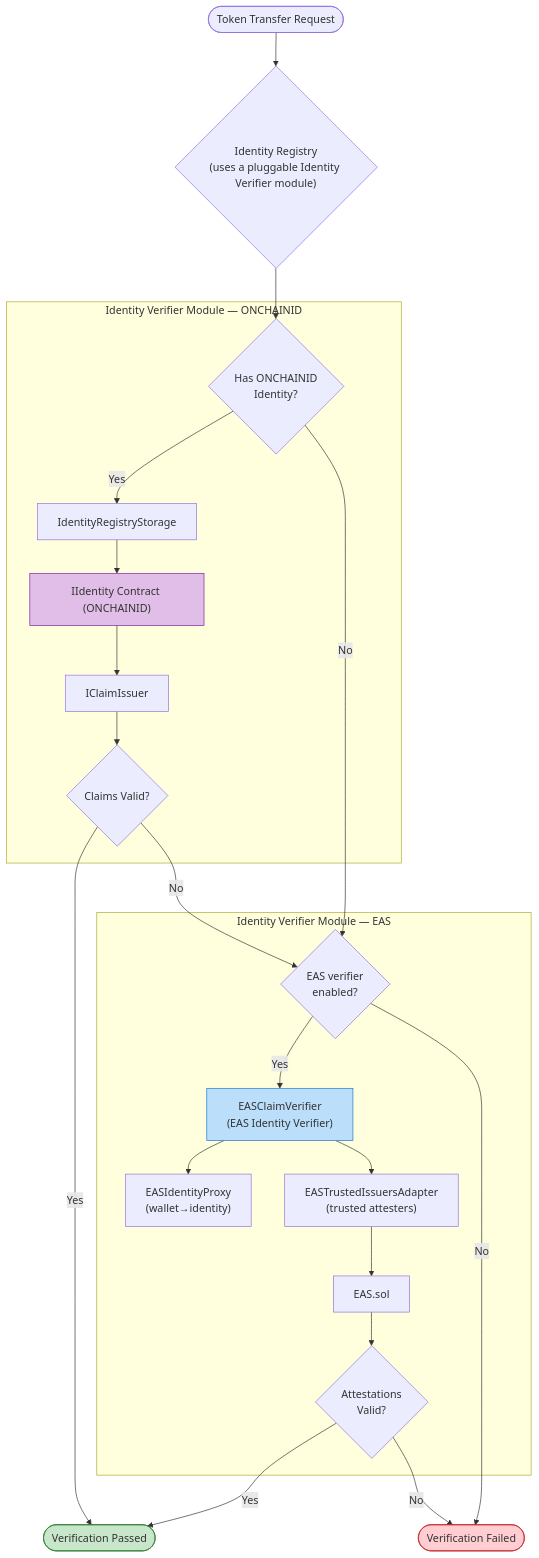
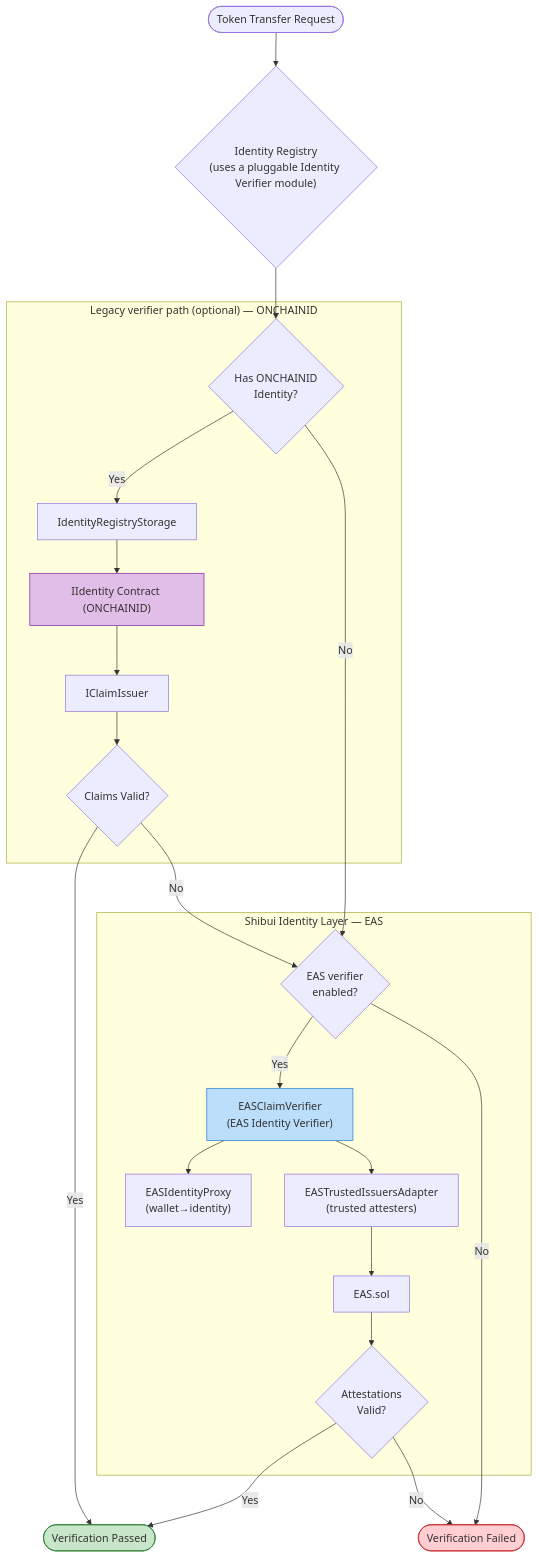
The diagram in diagrams/dual-mode-verification.mmd (EntEthAlliance/rnd-rwa-erc3643-eas), drawn with Mermaid before and after one commit. The commit also changed 5 other files, not shown here.

Commit message:
docs(diagrams): refresh Shibui MVP diagrams

```diff
--- a/diagrams/dual-mode-verification.mmd
+++ b/diagrams/dual-mode-verification.mmd
@@ -1,50 +1,50 @@
 flowchart TD
     Start([Token Transfer Request])
     IR{"Identity Registry\n(uses a pluggable Identity Verifier module)"}
 
-    subgraph OnchainIDPath["Identity Verifier Module — ONCHAINID"]
+    subgraph OnchainIDPath["Legacy verifier path (optional) — ONCHAINID"]
         OCID_Check{"Has ONCHAINID\nIdentity?"}
         IRS["IdentityRegistryStorage"]
         OCID["IIdentity Contract (ONCHAINID)"]
         CI["IClaimIssuer"]
         OCID_Valid{"Claims Valid?"}
     end
 
-    subgraph EASPath["Identity Verifier Module — EAS"]
+    subgraph EASPath["Shibui Identity Layer — EAS"]
         EAS_Enabled{"EAS verifier\nenabled?"}
         ECV["EASClaimVerifier\n(EAS Identity Verifier)"]
         EIP["EASIdentityProxy\n(wallet→identity)"]
         TIA["EASTrustedIssuersAdapter\n(trusted attesters)"]
         EAS["EAS.sol"]
         EAS_Valid{"Attestations\nValid?"}
     end
 
     Verified([Verification Passed])
     NotVerified([Verification Failed])
 
     Start --> IR
 
     IR --> OCID_Check
     OCID_Check -->|Yes| IRS
     IRS --> OCID
     OCID --> CI
     CI --> OCID_Valid
     OCID_Valid -->|Yes| Verified
     OCID_Valid -->|No| EAS_Enabled
 
     OCID_Check -->|No| EAS_Enabled
 
     EAS_Enabled -->|Yes| ECV
     ECV --> EIP
     ECV --> TIA
     TIA --> EAS
     EAS --> EAS_Valid
     EAS_Valid -->|Yes| Verified
     EAS_Valid -->|No| NotVerified
 
     EAS_Enabled -->|No| NotVerified
 
     style Verified fill:#c8e6c9,stroke:#2e7d32
     style NotVerified fill:#ffcdd2,stroke:#c62828
     style ECV fill:#bbdefb,stroke:#1976d2
     style OCID fill:#e1bee7,stroke:#7b1fa2
```
